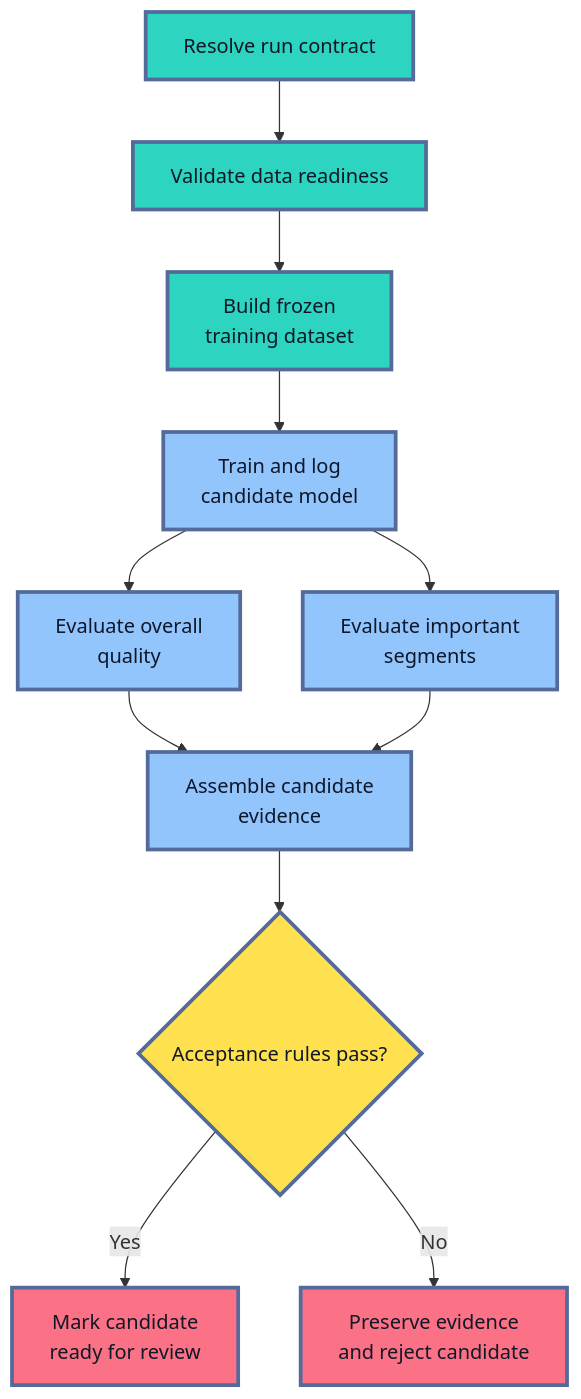
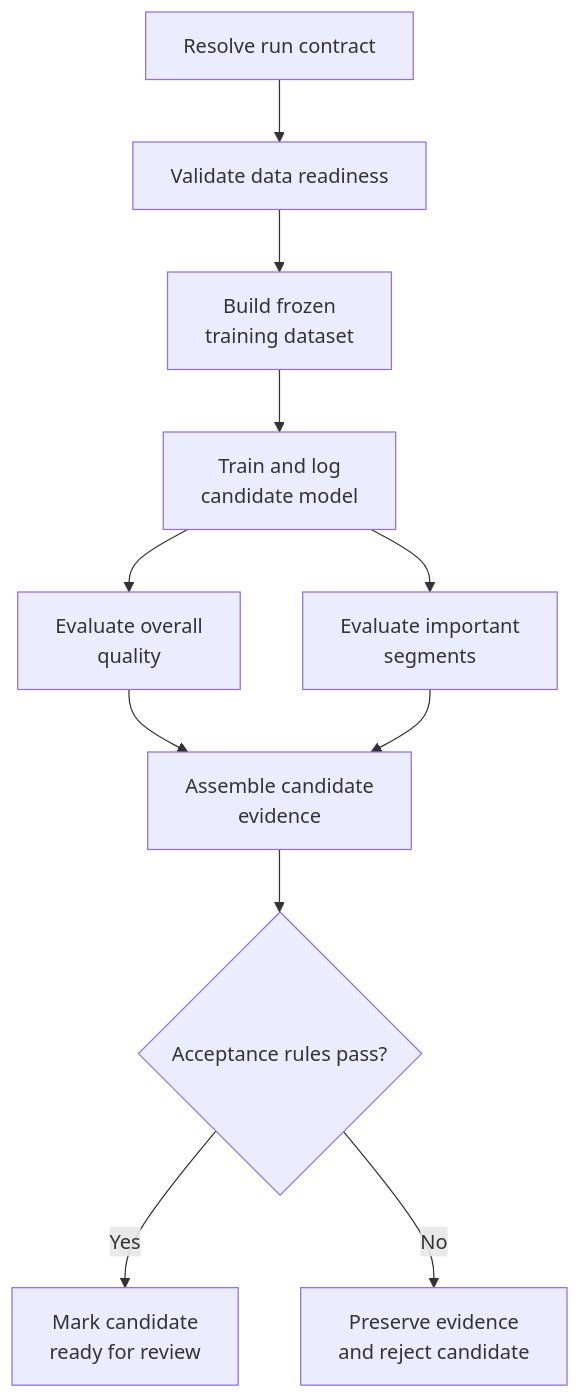
Before and after one commit to senlinyy/dev-roadmaps: the second of 5 diagrams in roadmaps/mlops/modules/mlops-infrastructure/cloud-mlops-services/databricks-mlops/05-production-training-lakeflow-jobs.md, drawn with Mermaid. The commit also changed other lines of this file and 152 other files, not shown here.

Commit message:
feat: mlops and diagrams updated

````diff
--- a/roadmaps/mlops/modules/mlops-infrastructure/cloud-mlops-services/databricks-mlops/05-production-training-lakeflow-jobs.md
+++ b/roadmaps/mlops/modules/mlops-infrastructure/cloud-mlops-services/databricks-mlops/05-production-training-lakeflow-jobs.md
@@ -178,22 +174,18 @@
 ```mermaid
 flowchart TD
     A["Resolve run contract"] --> B["Validate data readiness"]
     B --> C["Build frozen<br/>training dataset"]
     C --> D["Train and log<br/>candidate model"]
     D --> E["Evaluate overall<br/>quality"]
     D --> F["Evaluate important<br/>segments"]
     E --> G["Assemble candidate<br/>evidence"]
     F --> G
     G --> H{"Acceptance rules pass?"}
     H -->|"Yes"| I["Mark candidate<br/>ready for review"]
     H -->|"No"| J["Preserve evidence<br/>and reject candidate"]
 
-    classDef contract fill:#2DD4BF,stroke:#536A9A,stroke-width:3px,color:#0F172A
-    classDef task fill:#93C5FD,stroke:#536A9A,stroke-width:3px,color:#0F172A
-    classDef decision fill:#FFE04F,stroke:#536A9A,stroke-width:3px,color:#111827
-    classDef outcome fill:#FB7185,stroke:#536A9A,stroke-width:3px,color:#111827
     class A,B,C contract
     class D,E,F,G task
     class H decision
     class I,J outcome
 ```
````
